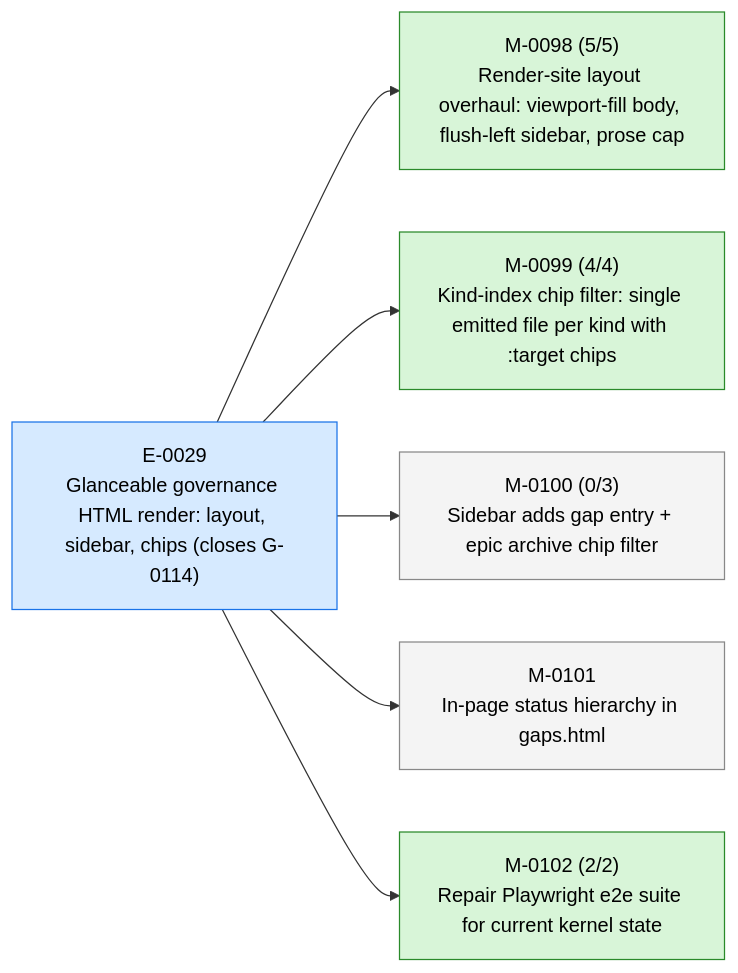
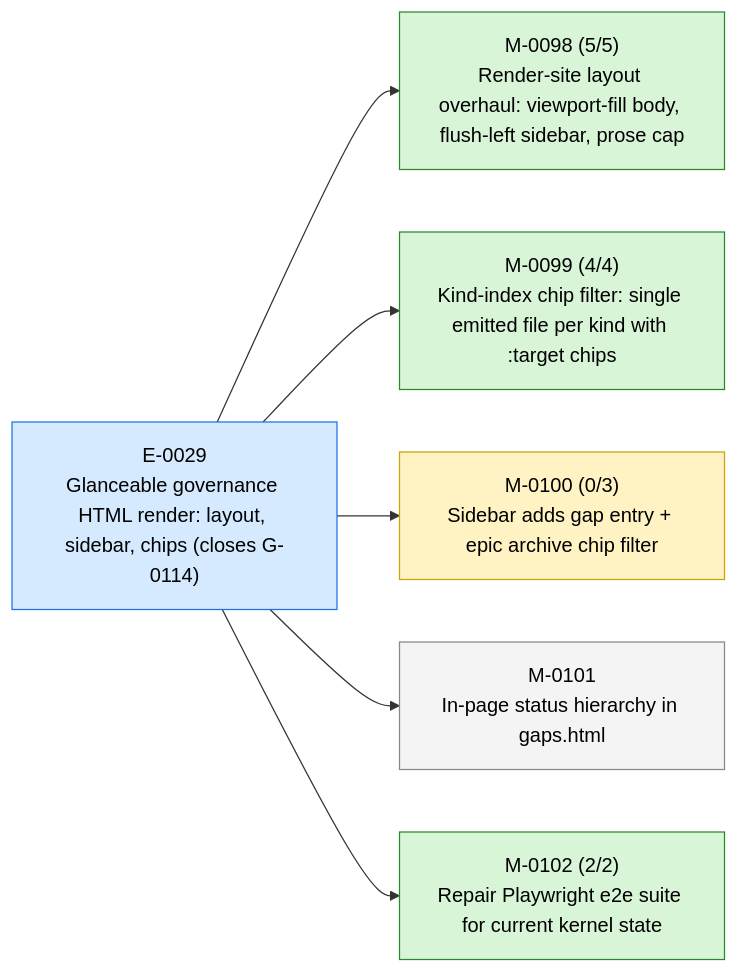
The first of 3 diagrams in STATUS.md (23min/aiwf), drawn with Mermaid before and after one commit. The commit also changed other lines of this file and 1 other file, not shown here.

First line of the commit message:
aiwf promote M-0100 draft -> in_progress

````diff
--- a/STATUS.md
+++ b/STATUS.md
@@ -17,20 +17,20 @@
 ```mermaid
 flowchart LR
   E_0029["E-0029<br/>Glanceable governance HTML render: layout, sidebar, chips (closes G-0114)"]:::epic_active
   M_0098["M-0098 (5/5)<br/>Render-site layout overhaul: viewport-fill body, flush-left sidebar, prose cap"]:::ms_done
   E_0029 --> M_0098
   M_0099["M-0099 (4/4)<br/>Kind-index chip filter: single emitted file per kind with :target chips"]:::ms_done
   E_0029 --> M_0099
-  M_0100["M-0100 (0/3)<br/>Sidebar adds gap entry + epic archive chip filter"]:::ms_draft
+  M_0100["M-0100 (0/3)<br/>Sidebar adds gap entry + epic archive chip filter"]:::ms_in_progress
   E_0029 --> M_0100
   M_0101["M-0101<br/>In-page status hierarchy in gaps.html"]:::ms_draft
   E_0029 --> M_0101
   M_0102["M-0102 (2/2)<br/>Repair Playwright e2e suite for current kernel state"]:::ms_done
   E_0029 --> M_0102
   classDef epic_active fill:#d6eaff,stroke:#1a73e8,color:#000
   classDef epic_proposed fill:#f4f4f4,stroke:#888,color:#000
   classDef ms_done fill:#d8f5d8,stroke:#2a8a2a,color:#000
   classDef ms_in_progress fill:#fff3c4,stroke:#caa400,color:#000
   classDef ms_draft fill:#f4f4f4,stroke:#888,color:#000
   classDef ms_cancelled fill:#fbeaea,stroke:#c33,color:#000
 ```
````
